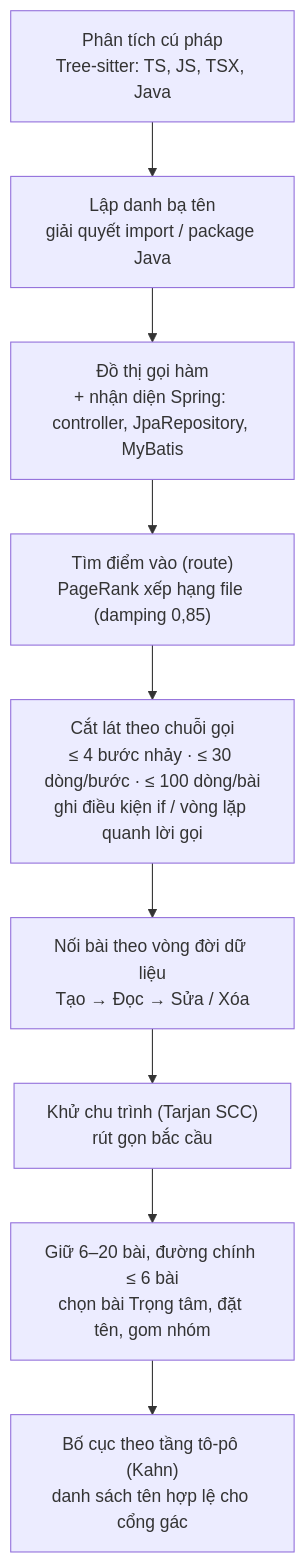
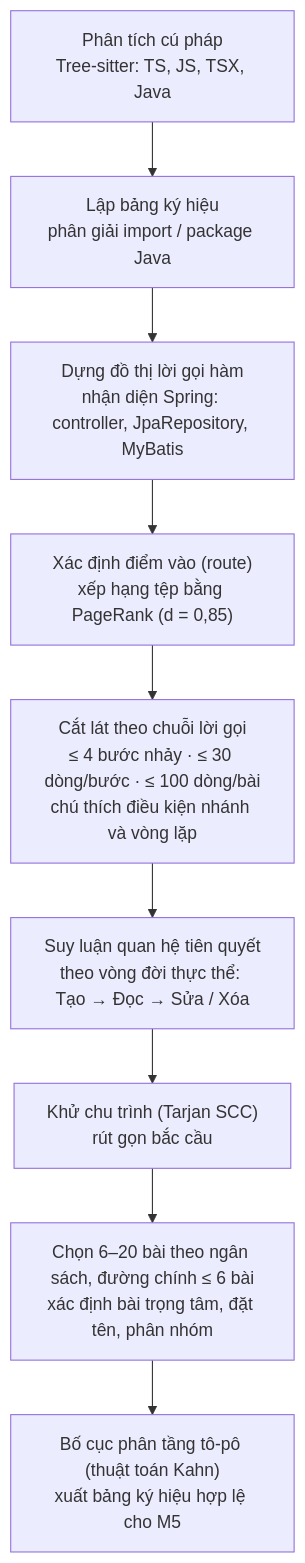
Before and after one commit to ThanhThien-coder/HackathonSGU-MeoMeo: the third of 6 diagrams in docs/bao_cao_thuyet_trinh/BAO_CAO_DU_AN.md, drawn with Mermaid. The commit also changed other lines of this file, not shown here.

Commit message:
docs: nâng thuật ngữ học thuật cho báo cáo dự án

````diff
--- a/docs/bao_cao_thuyet_trinh/BAO_CAO_DU_AN.md
+++ b/docs/bao_cao_thuyet_trinh/BAO_CAO_DU_AN.md
@@ -331,11 +354,11 @@
 ```mermaid
 flowchart TD
-    P["Phân tích cú pháp<br/>Tree-sitter: TS, JS, TSX, Java"] --> S["Lập danh bạ tên<br/>giải quyết import / package Java"]
-    S --> CG["Đồ thị gọi hàm<br/>+ nhận diện Spring: controller, JpaRepository, MyBatis"]
-    CG --> EN["Tìm điểm vào (route)<br/>PageRank xếp hạng file (damping 0,85)"]
-    EN --> SL["Cắt lát theo chuỗi gọi<br/>≤ 4 bước nhảy · ≤ 30 dòng/bước · ≤ 100 dòng/bài<br/>ghi điều kiện if / vòng lặp quanh lời gọi"]
-    SL --> DG["Nối bài theo vòng đời dữ liệu<br/>Tạo → Đọc → Sửa / Xóa"]
+    P["Phân tích cú pháp<br/>Tree-sitter: TS, JS, TSX, Java"] --> S["Lập bảng ký hiệu<br/>phân giải import / package Java"]
+    S --> CG["Dựng đồ thị lời gọi hàm<br/>nhận diện Spring: controller, JpaRepository, MyBatis"]
+    CG --> EN["Xác định điểm vào (route)<br/>xếp hạng tệp bằng PageRank (d = 0,85)"]
+    EN --> SL["Cắt lát theo chuỗi lời gọi<br/>≤ 4 bước nhảy · ≤ 30 dòng/bước · ≤ 100 dòng/bài<br/>chú thích điều kiện nhánh và vòng lặp"]
+    SL --> DG["Suy luận quan hệ tiên quyết<br/>theo vòng đời thực thể: Tạo → Đọc → Sửa / Xóa"]
     DG --> TJ["Khử chu trình (Tarjan SCC)<br/>rút gọn bắc cầu"]
-    TJ --> KP["Giữ 6–20 bài, đường chính ≤ 6 bài<br/>chọn bài Trọng tâm, đặt tên, gom nhóm"]
-    KP --> LY["Bố cục theo tầng tô-pô (Kahn)<br/>danh sách tên hợp lệ cho cổng gác"]
+    TJ --> KP["Chọn 6–20 bài theo ngân sách, đường chính ≤ 6 bài<br/>xác định bài trọng tâm, đặt tên, phân nhóm"]
+    KP --> LY["Bố cục phân tầng tô-pô (thuật toán Kahn)<br/>xuất bảng ký hiệu hợp lệ cho M5"]
 ```
````
